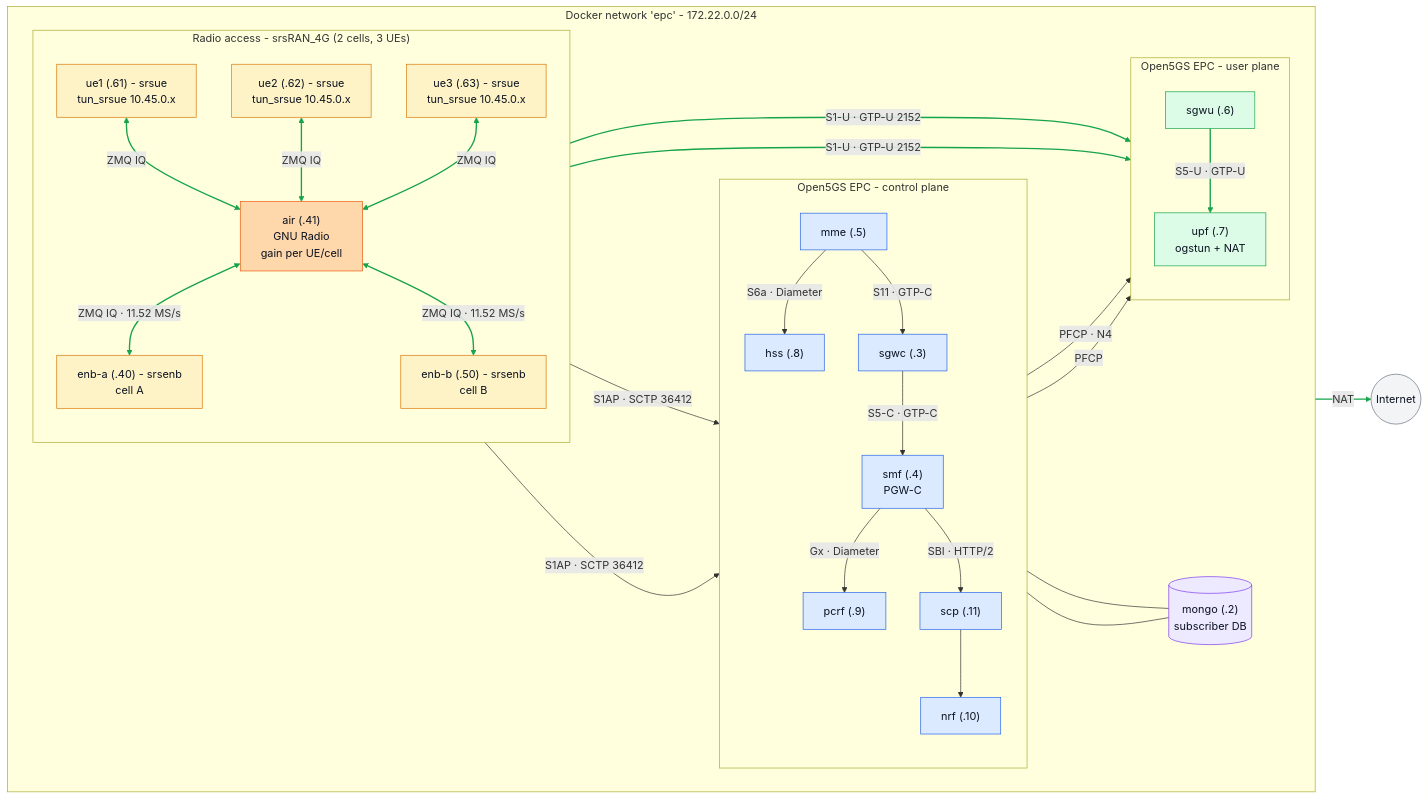
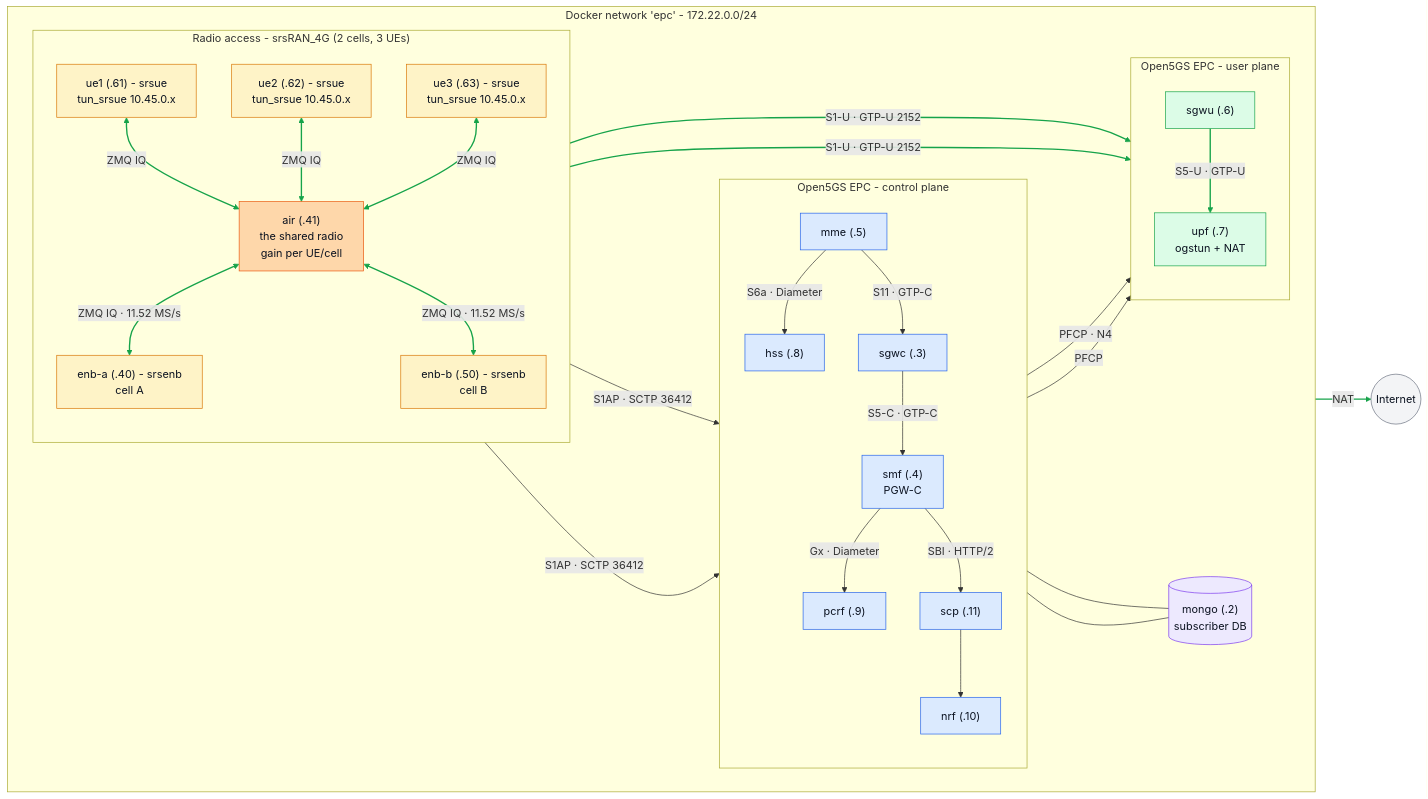
Before and after one commit to Tonemon/telecom-poc: the diagram in docs/4G.md, drawn with Mermaid. The commit also changed other lines of this file and 4 other files, not shown here.

````diff
--- a/docs/4G.md
+++ b/docs/4G.md
@@ -26,79 +26,79 @@
 ```mermaid
 flowchart LR
     subgraph docker["Docker network 'epc' - 172.22.0.0/24"]
         direction LR
 
         subgraph ran["Radio access - srsRAN_4G (2 cells, 3 UEs)"]
             direction TB
             ue1["ue1 (.61) - srsue<br/>tun_srsue 10.45.0.x"]
             ue2["ue2 (.62) - srsue<br/>tun_srsue 10.45.0.x"]
             ue3["ue3 (.63) - srsue<br/>tun_srsue 10.45.0.x"]
-            air["air (.41)<br/>GNU Radio<br/>gain per UE/cell"]
+            air["air (.41)<br/>the shared radio<br/>gain per UE/cell"]
             enbA["enb-a (.40) - srsenb<br/>cell A"]
             enbB["enb-b (.50) - srsenb<br/>cell B"]
         end
 
         subgraph cp["Open5GS EPC - control plane"]
             direction TB
             mme["mme (.5)"]
             sgwc["sgwc (.3)"]
             smf["smf (.4)<br/>PGW-C"]
             hss["hss (.8)"]
             pcrf["pcrf (.9)"]
             scp["scp (.11)"]
             nrf["nrf (.10)"]
         end
 
         subgraph up["Open5GS EPC - user plane"]
             direction TB
             sgwu["sgwu (.6)"]
             upf["upf (.7)<br/>ogstun + NAT"]
         end
 
         mongo[("mongo (.2)<br/>subscriber DB")]
     end
 
     inet(("Internet"))
 
     ue1 <-->|"ZMQ IQ"| air
     ue2 <-->|"ZMQ IQ"| air
     ue3 <-->|"ZMQ IQ"| air
     air <-->|"ZMQ IQ · 11.52 MS/s"| enbA
     air <-->|"ZMQ IQ · 11.52 MS/s"| enbB
 
     enbA -->|"S1AP · SCTP 36412"| mme
     enbA -->|"S1-U · GTP-U 2152"| sgwu
     enbB -->|"S1AP · SCTP 36412"| mme
     enbB -->|"S1-U · GTP-U 2152"| sgwu
 
     mme -->|"S6a · Diameter"| hss
     mme -->|"S11 · GTP-C"| sgwc
     sgwc -->|"S5-C · GTP-C"| smf
     sgwc -->|PFCP| sgwu
     smf -->|"PFCP · N4"| upf
     smf -->|"Gx · Diameter"| pcrf
     smf -->|"SBI · HTTP/2"| scp
     scp --> nrf
 
     hss --- mongo
     pcrf --- mongo
 
     sgwu -->|"S5-U · GTP-U"| upf
     upf -->|NAT| inet
 
     classDef cpNode fill:#dbeafe,stroke:#2563eb,color:#0b1220
     classDef upNode fill:#dcfce7,stroke:#16a34a,color:#0b1220
     classDef ranNode fill:#fef3c7,stroke:#d97706,color:#0b1220
     classDef brokerNode fill:#fed7aa,stroke:#ea580c,color:#0b1220
     classDef dbNode fill:#ede9fe,stroke:#7c3aed,color:#0b1220
     classDef extNode fill:#f3f4f6,stroke:#6b7280,color:#0b1220
 
     class mme,sgwc,smf,hss,pcrf,scp,nrf cpNode
     class sgwu,upf upNode
     class ue1,ue2,ue3,enbA,enbB ranNode
     class air brokerNode
     class mongo dbNode
     class inet extNode
 
     linkStyle 0,1,2,3,4,6,8,19,20 stroke:#16a34a,stroke-width:2px
 ```
````
